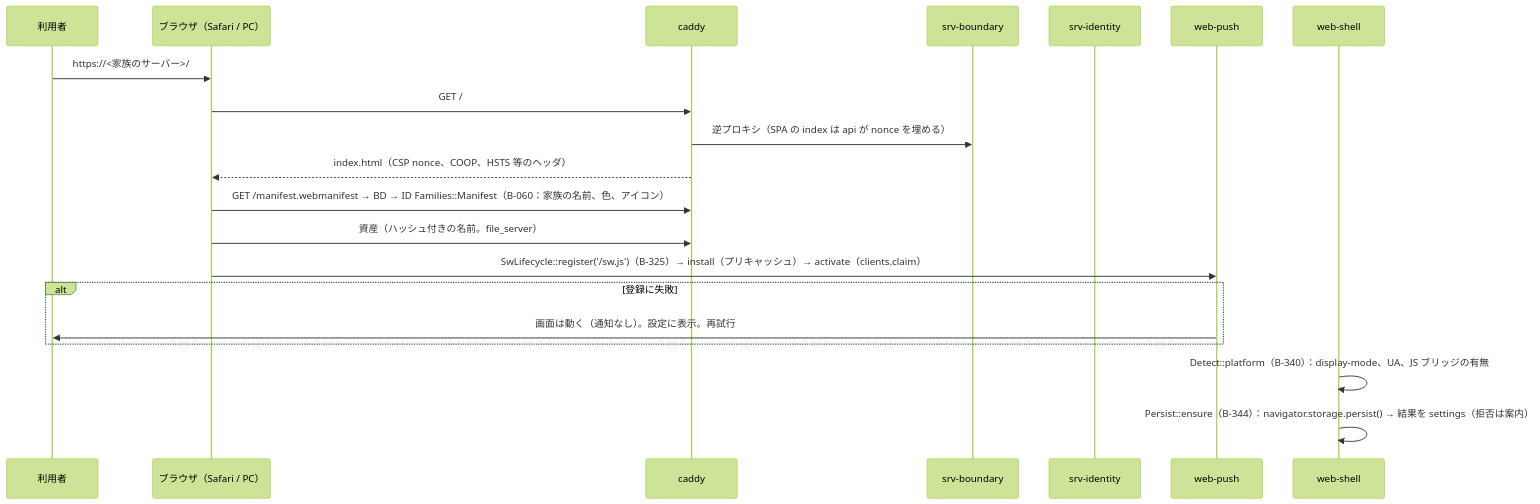
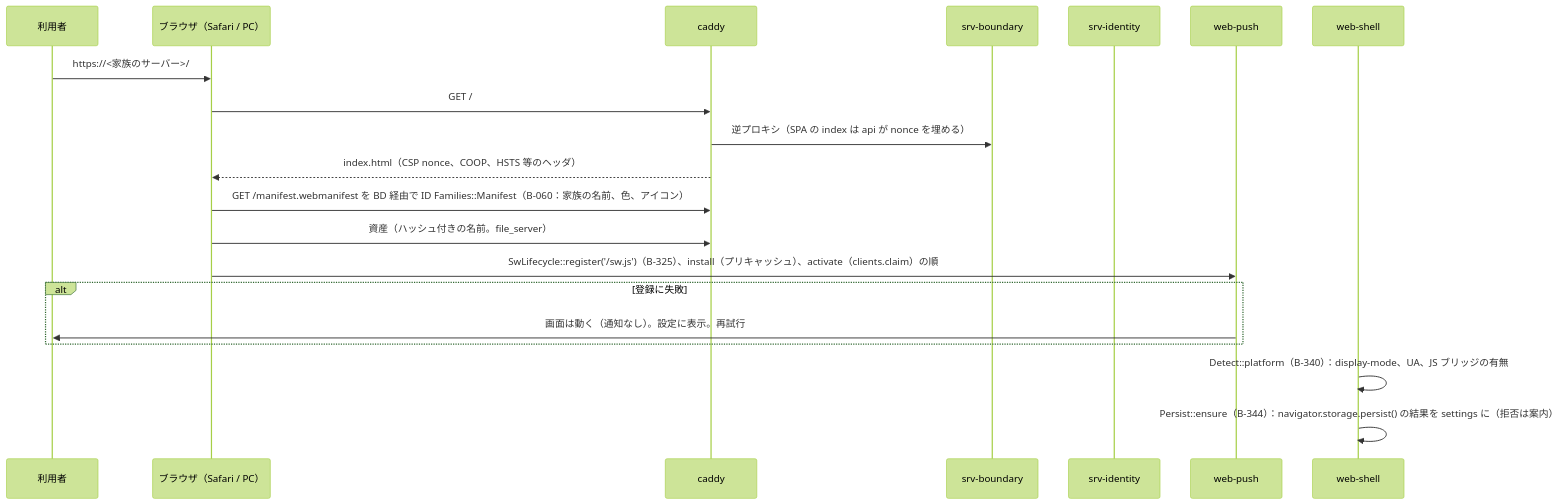
One commit to nrsd-ishikawasou/family-talk-pwa changed the first of 2 diagrams in dev/docs/jp/シーケンス/15_iPhoneとPCのシェル.md. Above: the diagram before and after it, drawn with Mermaid (forest theme). The commit also changed other lines of this file and 290 other files, not shown here.

````diff
--- a/dev/docs/jp/シーケンス/15_iPhoneとPCのシェル.md
+++ b/dev/docs/jp/シーケンス/15_iPhoneとPCのシェル.md
@@ -10,22 +16,22 @@
 ```mermaid
 sequenceDiagram
   participant U as 利用者
   participant OS as ブラウザ（Safari / PC）
   participant CD as caddy
   participant BD as srv-boundary
   participant ID as srv-identity
   participant WP as web-push
   participant WH as web-shell
   U->>OS: https://<家族のサーバー>/
   OS->>CD: GET /
   CD->>BD: 逆プロキシ（SPA の index は api が nonce を埋める）
   CD-->>OS: index.html（CSP nonce、COOP、HSTS 等のヘッダ）
-  OS->>CD: GET /manifest.webmanifest → BD → ID Families::Manifest（B-060：家族の名前、色、アイコン）
+  OS->>CD: GET /manifest.webmanifest を BD 経由で ID Families::Manifest（B-060：家族の名前、色、アイコン）
   OS->>CD: 資産（ハッシュ付きの名前。file_server）
-  OS->>WP: SwLifecycle::register('/sw.js')（B-325）→ install（プリキャッシュ）→ activate（clients.claim）
+  OS->>WP: SwLifecycle::register('/sw.js')（B-325）、install（プリキャッシュ）、activate（clients.claim）の順
   alt 登録に失敗
     WP->>U: 画面は動く（通知なし）。設定に表示。再試行
   end
   WH->>WH: Detect::platform（B-340）：display-mode、UA、JS ブリッジの有無
-  WH->>WH: Persist::ensure（B-344）：navigator.storage.persist() → 結果を settings（拒否は案内）
+  WH->>WH: Persist::ensure（B-344）：navigator.storage.persist() の結果を settings に（拒否は案内）
 ```
````
